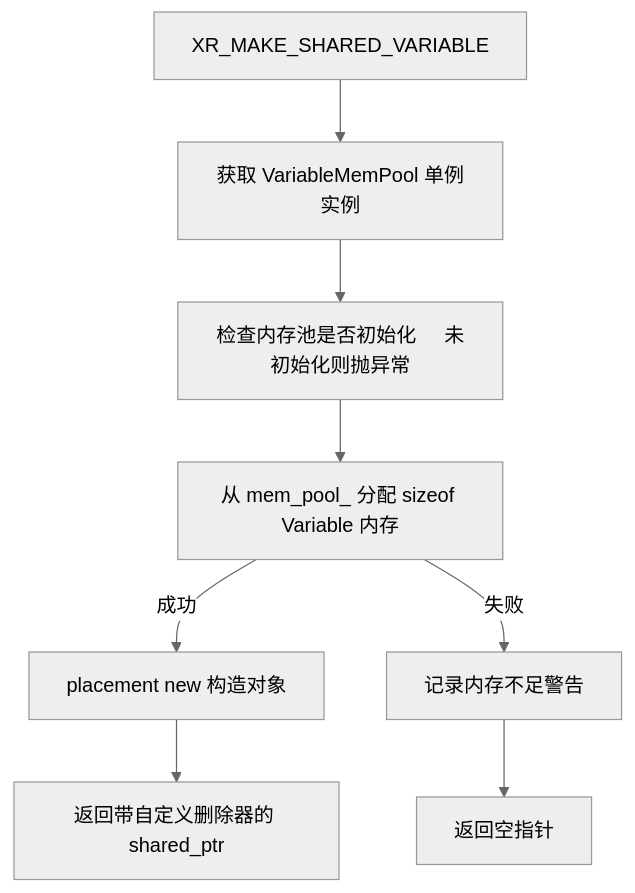
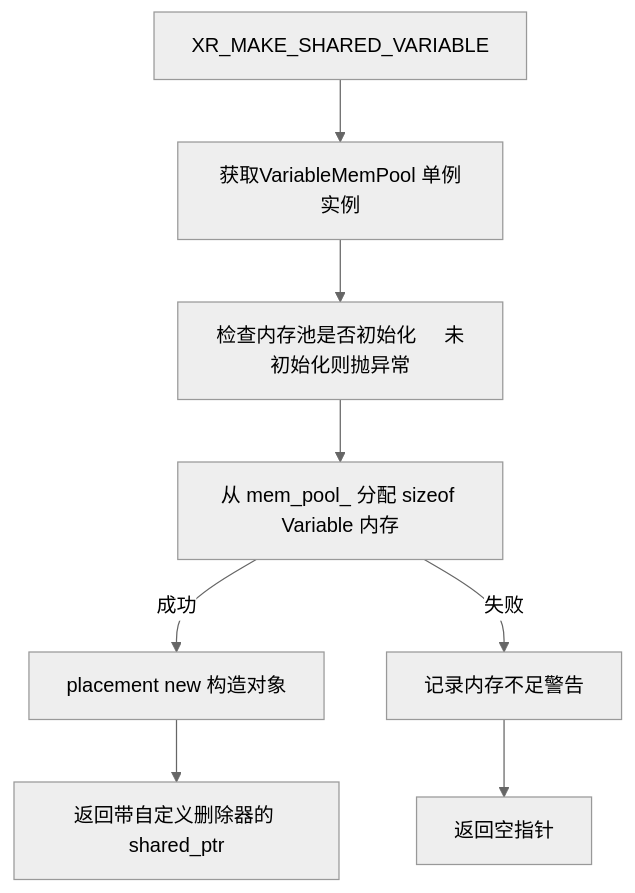
The diagram in all/未命名-5.md (huzixuan1/iodraw-files), drawn with Mermaid (neutral theme) before and after one commit.

Commit message:
2025-05-21 17:04:02 update

````diff
--- a/all/未命名-5.md
+++ b/all/未命名-5.md
@@ -1,16 +1,16 @@
 ```mermaid
 graph TD
   A[XR_MAKE_SHARED_VARIABLE]
-  B[获取 VariableMemPool 单例实例]
+  B[获取VariableMemPool 单例实例]
   C[检查内存池是否初始化     未初始化则抛异常]
   D[从 mem_pool_ 分配 sizeof Variable 内存]
   E1[placement new 构造对象]
   E2[记录内存不足警告]
   F1[返回带自定义删除器的 shared_ptr]
   F2[返回空指针]
 
   A --> B --> C --> D
   D -->|成功| E1 --> F1
   D -->|失败| E2 --> F2
 
 ```
````
